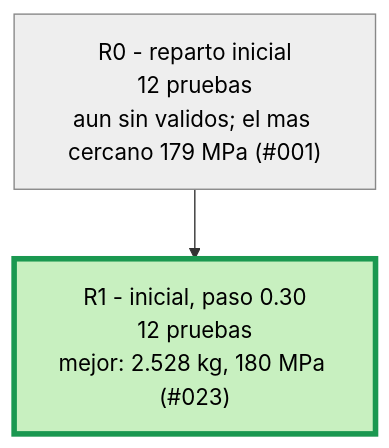
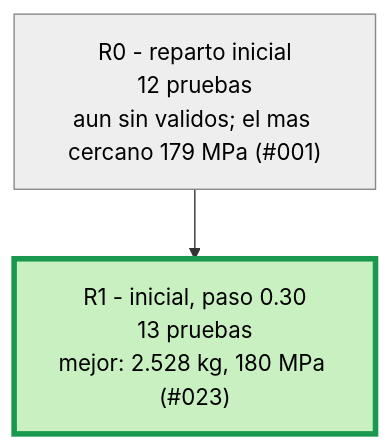
The second of 3 diagrams in runs/opt_37800N/ARBOL.md (Hugiko/msd-soporte-optimizacion), drawn with Mermaid before and after one commit. The commit also changed 14 other files, not shown here.

````diff
--- a/runs/opt_37800N/ARBOL.md
+++ b/runs/opt_37800N/ARBOL.md
@@ -21,9 +21,9 @@
 ```mermaid
 graph TD
 classDef activa fill:#d6eaff,stroke:#1f6fb5,color:#000
 classDef fin fill:#eeeeee,stroke:#888,color:#000
 classDef mejor fill:#c8f0c0,stroke:#1a9850,stroke-width:4px,color:#000
 R0["R0 - reparto inicial<br/>12 pruebas<br/>aun sin validos; el mas cercano 179 MPa (#001)"]:::fin
-R1["R1 - inicial, paso 0.30<br/>12 pruebas<br/>mejor: 2.528 kg, 180 MPa (#023)"]:::mejor
+R1["R1 - inicial, paso 0.30<br/>13 pruebas<br/>mejor: 2.528 kg, 180 MPa (#023)"]:::mejor
 R0 --> R1
 ```
````
